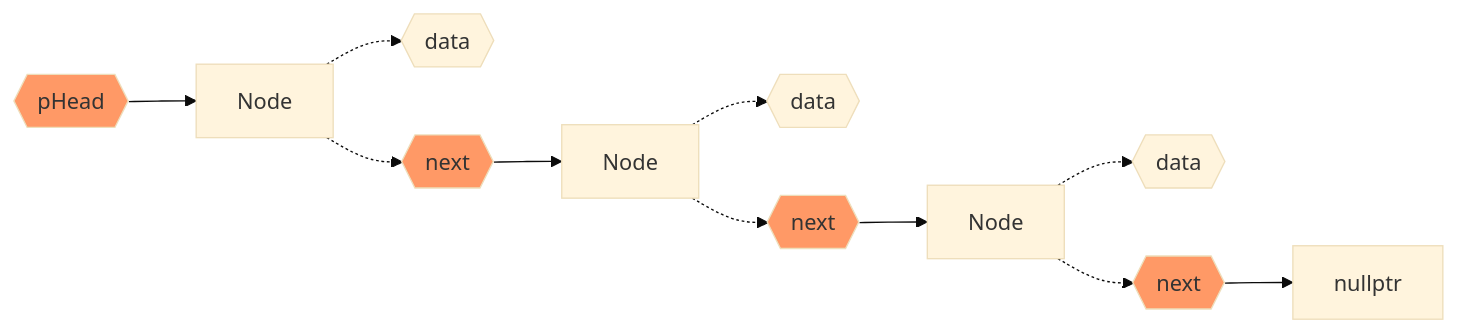
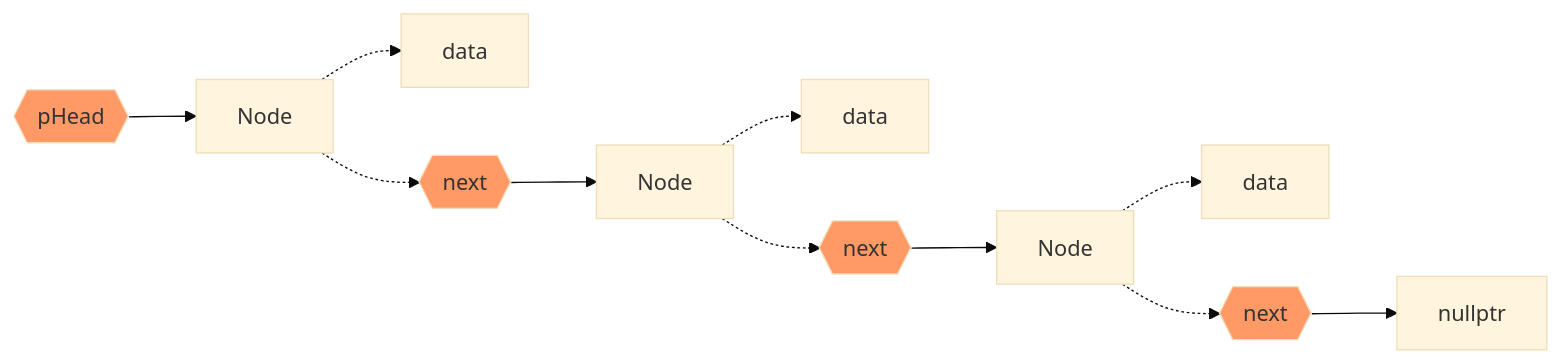
The diagram in README.md (ianchen0419/cpp-leetcode), drawn with Mermaid (base theme) before and after one commit.

````diff
--- a/README.md
+++ b/README.md
@@ -24,16 +24,16 @@
 ```mermaid
 flowchart LR
     pHead{{pHead}}:::orange-->node1[Node]
-    node1-.->data1{{data}}
+    node1-.->data1[data]
     node1-.->next1{{next}}:::orange
     next1-->node2[Node]
-    node2-.->data2{{data}}
+    node2-.->data2[data]
     node2-.->next2{{next}}:::orange
     next2-->id3[Node]
-    id3-.->data3{{data}}
+    id3-.->data3[data]
     id3-.->next3{{next}}:::orange
     next3-->node4[nullptr]
 
     classDef orange fill:#f96
         
 ```
````
